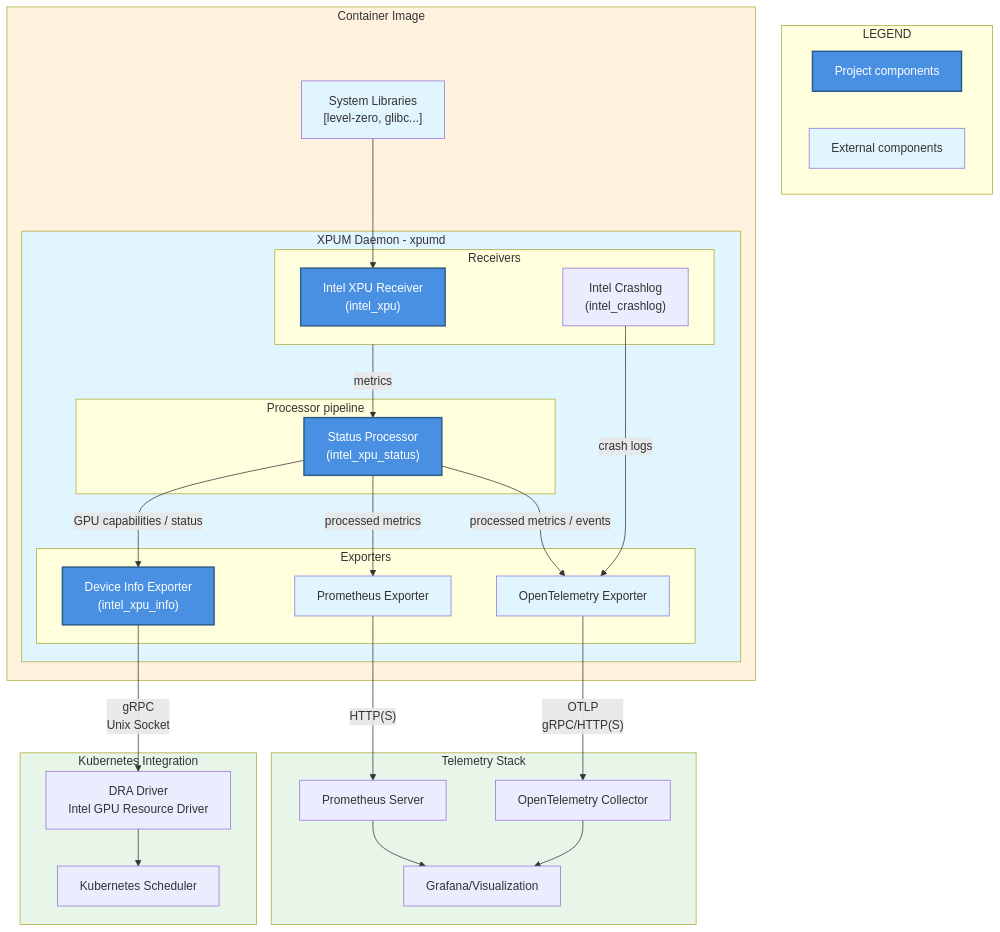
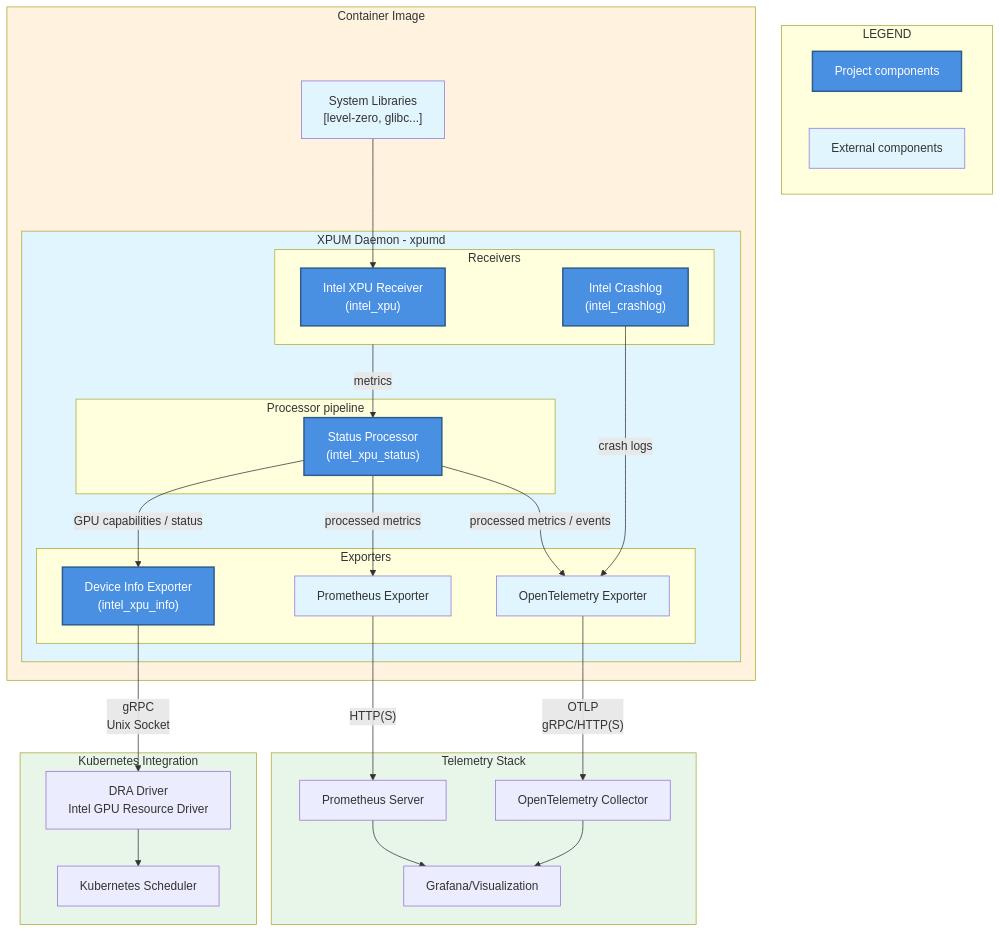
One commit to intel/xpumanager changed the diagram in xpumd/README.md. Above: the diagram before and after it, drawn with Mermaid.

Commit message:
xpumd/readme: fix coloring in the architecture diagram
Use the correct "project component" color for the crashlog receiver.

Dev-SHA: fc8a73db2a84ca46c8b093a5b9a7cd6fdf26f963

````diff
--- a/xpumd/README.md
+++ b/xpumd/README.md
@@ -29,72 +29,73 @@
 ```mermaid
 graph TB
     subgraph LEGEND
         LEGEND_PROJECT["Project components"]
         LEGEND_EXTERNAL["External components"]
     end
 
     subgraph CONT["Container Image"]
         SYSTEM_LIBRARIES["System Libraries<br/>[level-zero, glibc...]"]
 
         subgraph XPUMD["XPUM Daemon - xpumd"]
             subgraph RECV["Receivers"]
                 RECV_XPU["Intel XPU Receiver<br/>(intel_xpu)"]
                 RECV_LOG["Intel Crashlog<br/>(intel_crashlog)"]
             end
 
             subgraph PROC["Processor pipeline"]
                 PROC_XPU["Status Processor<br/>(intel_xpu_status)"]
                 %% PROC_OTHERS["Standard Processors"] %%
             end
 
             RECV -->|metrics| PROC_XPU
             %% PROC_XPU --> PROC_OTHERS %%
 
             subgraph EXP["Exporters"]
                 EXP_INFO["Device Info Exporter<br/>(intel_xpu_info)"]
                 EXP_PROM["Prometheus Exporter"]
                 EXP_OTEL["OpenTelemetry Exporter"]
             end
             %% change PROC_XPU => PROC_OTHERS if other processors added %%
             PROC_XPU -->|processed metrics| EXP_PROM
             PROC_XPU -->|GPU capabilities / status| EXP_INFO
             PROC_XPU -->|processed metrics / events| EXP_OTEL
             RECV_LOG -->|crash logs| EXP_OTEL
         end
     end
 
     subgraph TELEM["Telemetry Stack"]
         PROM["Prometheus Server"]
         OTEL_COL["OpenTelemetry Collector"]
         GRAFANA["Grafana/Visualization"]
     end
 
     subgraph K8S["Kubernetes Integration"]
         DRA["DRA Driver<br/>Intel GPU Resource Driver"]
         SCHEDULER["Kubernetes Scheduler"]
     end
 
     SYSTEM_LIBRARIES --> RECV_XPU
 
     EXP_PROM -->|"HTTP(S)"| PROM
     EXP_OTEL -->|"OTLP<br/>gRPC/HTTP(S)"| OTEL_COL
     PROM --> GRAFANA
     OTEL_COL --> GRAFANA
 
     EXP_INFO -->|"gRPC<br/>Unix Socket"| DRA
     DRA --> SCHEDULER
 
     style LEGEND_PROJECT fill:#4a90e2,stroke:#2e5c8a,stroke-width:2px,color:#fff
     style LEGEND_EXTERNAL fill:#e1f5ff
     style SYSTEM_LIBRARIES fill:#e1f5ff
     style XPUMD fill:#e1f5ff
     %% style PROC_OTHERS fill:#e1f5ff %%
     style EXP_PROM fill:#e1f5ff
     style EXP_OTEL fill:#e1f5ff
     style CONT fill:#fff3e0
     style K8S fill:#e8f5e9
     style TELEM fill:#e8f5e9
     style RECV_XPU fill:#4a90e2,stroke:#2e5c8a,stroke-width:2px,color:#fff
+    style RECV_LOG fill:#4a90e2,stroke:#2e5c8a,stroke-width:2px,color:#fff
     style PROC_XPU fill:#4a90e2,stroke:#2e5c8a,stroke-width:2px,color:#fff
     style EXP_INFO fill:#4a90e2,stroke:#2e5c8a,stroke-width:2px,color:#fff
 ```
````
